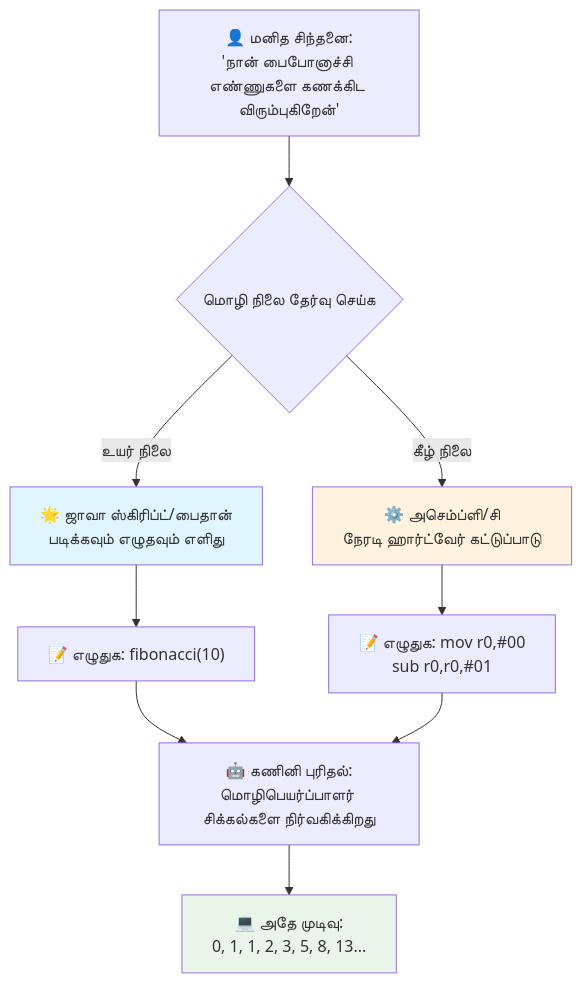
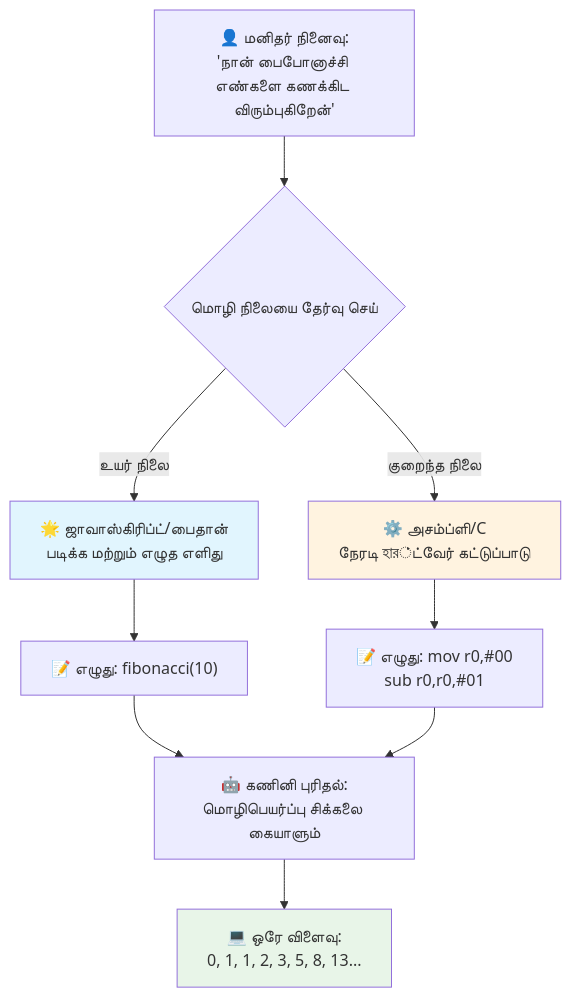
Before and after one commit to microsoft/Web-Dev-For-Beginners: the third of 7 diagrams in translations/ta/1-getting-started-lessons/1-intro-to-programming-languages/README.md, drawn with Mermaid. The commit also changed other lines of this file and 8 other files, not shown here.

````diff
--- a/translations/ta/1-getting-started-lessons/1-intro-to-programming-languages/README.md
+++ b/translations/ta/1-getting-started-lessons/1-intro-to-programming-languages/README.md
@@ -147,19 +148,19 @@
 ```mermaid
 flowchart TB
-    A["👤 மனித சிந்தனை:<br/>'நான் பைபோனாச்சி எண்ணுகளை கணக்கிட விரும்புகிறேன்'"] --> B{மொழி நிலை தேர்வு செய்க}
+    A["👤 மனிதர் நினைவு:<br/>'நான் பைபோனாச்சி எண்களை கணக்கிட விரும்புகிறேன்'"] --> B{மொழி நிலையை தேர்வு செய்}
     
-    B -->|உயர் நிலை| C["🌟 ஜாவா ஸ்கிரிப்ட்/பைதான்<br/>படிக்கவும் எழுதவும் எளிது"]
-    B -->|கீழ் நிலை| D["⚙️ அசெம்ப்ளி/சி<br/>நேரடி ஹார்ட்வேர் கட்டுப்பாடு"]
+    B -->|உயர் நிலை| C["🌟 ஜாவாஸ்கிரிப்ட்/பைதான்<br/>படிக்க மற்றும் எழுத எளிது"]
+    B -->|குறைந்த நிலை| D["⚙️ அசம்ப்ளி/C<br/>நேரடி হার்ட்வேர் கட்டுப்பாடு"]
     
-    C --> E["📝 எழுதுக: fibonacci(10)"]
-    D --> F["📝 எழுதுக: mov r0,#00<br/>sub r0,r0,#01"]
+    C --> E["📝 எழுது: fibonacci(10)"]
+    D --> F["📝 எழுது: mov r0,#00<br/>sub r0,r0,#01"]
     
-    E --> G["🤖 கணினி புரிதல்:<br/>மொழிபெயர்ப்பாளர் சிக்கல்களை நிர்வகிக்கிறது"]
+    E --> G["🤖 கணினி புரிதல்:<br/>மொழிபெயர்ப்பு சிக்கலை கையாளும்"]
     F --> G
     
-    G --> H["💻 அதே முடிவு:<br/>0, 1, 1, 2, 3, 5, 8, 13..."]
+    G --> H["💻 ஒரே விளைவு:<br/>0, 1, 1, 2, 3, 5, 8, 13..."]
     
     style C fill:#e1f5fe
     style D fill:#fff3e0
     style H fill:#e8f5e8
 ```
````
